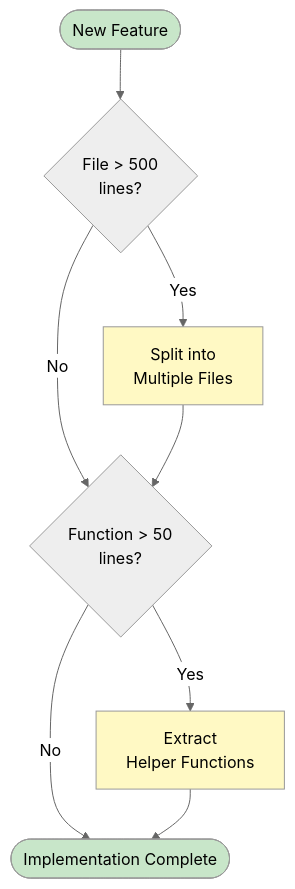
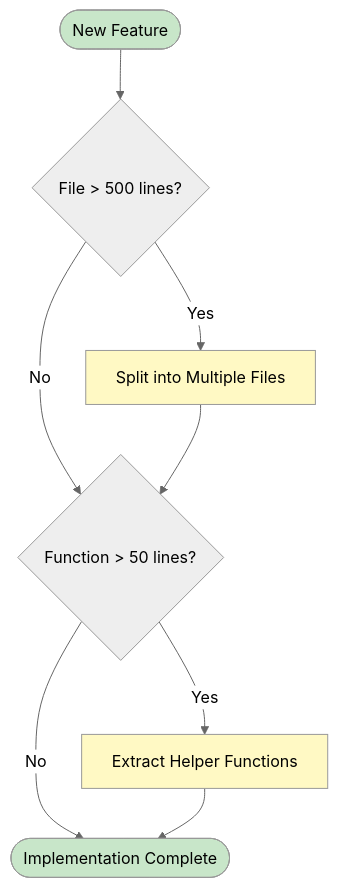
One commit to softwarewrighter/ui-test-rs changed diagram 11 of 15 in wiki/Development-Guide.md. Above: the diagram before and after it, drawn with Mermaid (neutral theme). The commit also changed other lines of this file and 10 other files, not shown here.

First line of the commit message:
Fix wiki Mermaid diagrams: remove <br/> tags

````diff
--- a/wiki/Development-Guide.md
+++ b/wiki/Development-Guide.md
@@ -400,22 +400,22 @@
 ```mermaid
 flowchart TB
     Start([New Feature])
-    Check{File > 500<br/>lines?}
-    Split[Split into<br/>Multiple Files]
-    FuncCheck{Function > 50<br/>lines?}
-    Extract[Extract<br/>Helper Functions]
+    Check{File > 500 lines?}
+    Split[Split into Multiple Files]
+    FuncCheck{Function > 50 lines?}
+    Extract[Extract Helper Functions]
     Done([Implementation Complete])
 
     Start --> Check
     Check -->|Yes| Split
     Check -->|No| FuncCheck
     Split --> FuncCheck
     FuncCheck -->|Yes| Extract
     FuncCheck -->|No| Done
     Extract --> Done
 
     style Start fill:#c8e6c9
     style Done fill:#c8e6c9
     style Split fill:#fff9c4
     style Extract fill:#fff9c4
 ```
````
